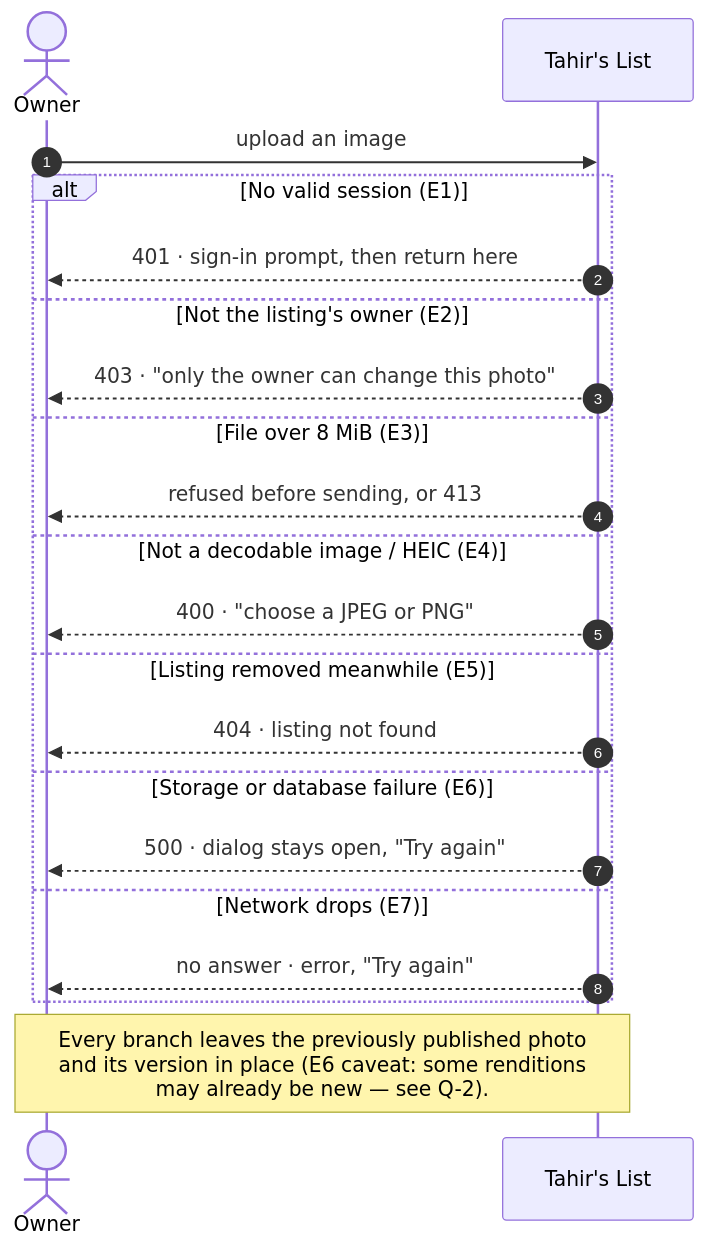
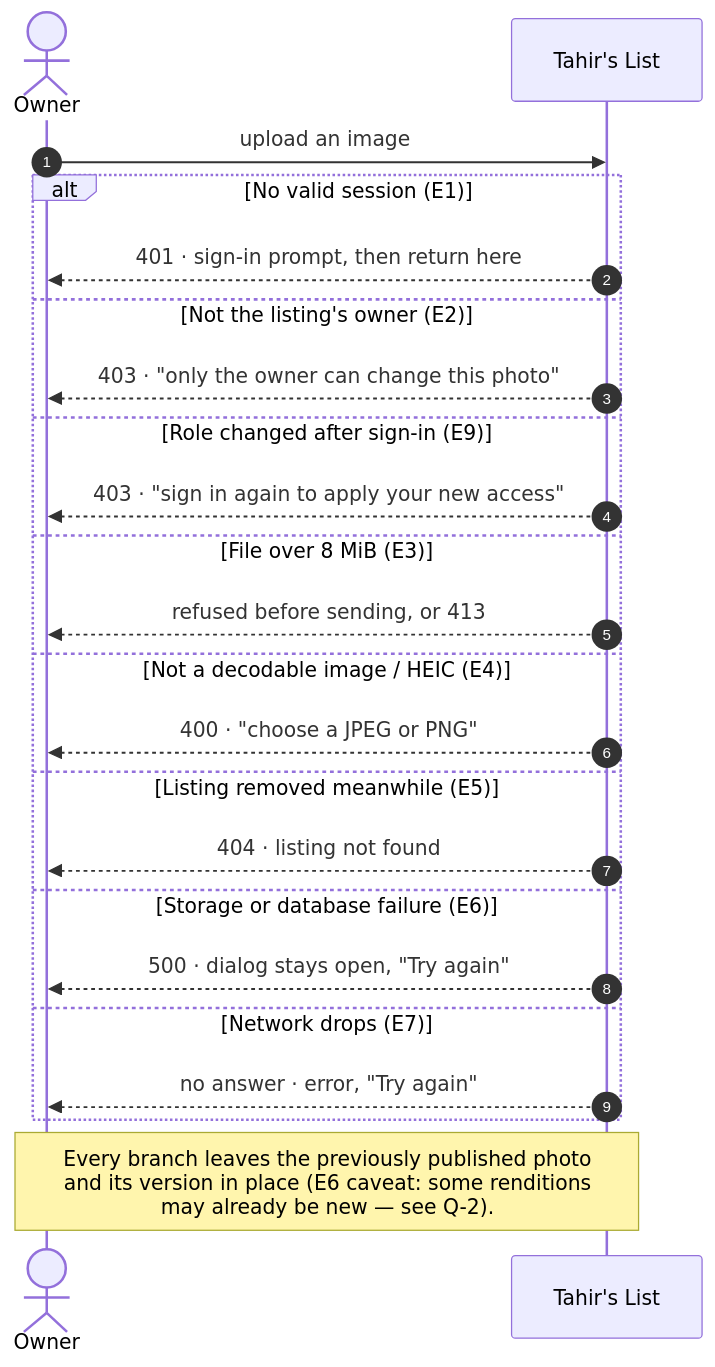
One commit to Losers-Lab/tahirs-list changed the second of 3 diagrams in docs/features/SC-205/04-blackbox/UC-01.md. Above: the diagram before and after it, drawn with Mermaid. The commit also changed other lines of this file and 8 other files, not shown here.

````diff
--- a/docs/features/SC-205/04-blackbox/UC-01.md
+++ b/docs/features/SC-205/04-blackbox/UC-01.md
@@ -38,24 +42,26 @@
 ```mermaid
 sequenceDiagram
   autonumber
   actor RO as Owner
   participant TL as Tahir's List
 
   RO->>TL: upload an image
   alt No valid session (E1)
     TL-->>RO: 401 · sign-in prompt, then return here
   else Not the listing's owner (E2)
     TL-->>RO: 403 · "only the owner can change this photo"
+  else Role changed after sign-in (E9)
+    TL-->>RO: 403 · "sign in again to apply your new access"
   else File over 8 MiB (E3)
     TL-->>RO: refused before sending, or 413
   else Not a decodable image / HEIC (E4)
     TL-->>RO: 400 · "choose a JPEG or PNG"
   else Listing removed meanwhile (E5)
     TL-->>RO: 404 · listing not found
   else Storage or database failure (E6)
     TL-->>RO: 500 · dialog stays open, "Try again"
   else Network drops (E7)
     TL-->>RO: no answer · error, "Try again"
   end
   Note over RO,TL: Every branch leaves the previously published photo<br/>and its version in place (E6 caveat: some renditions<br/>may already be new — see Q-2).
 ```
````
